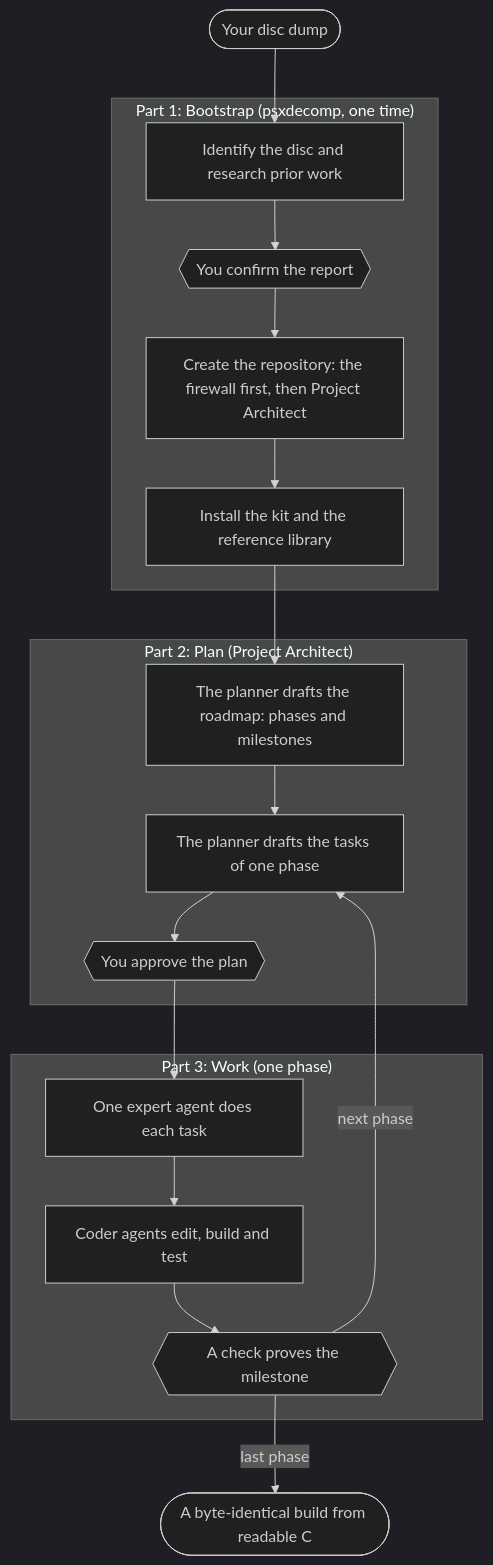
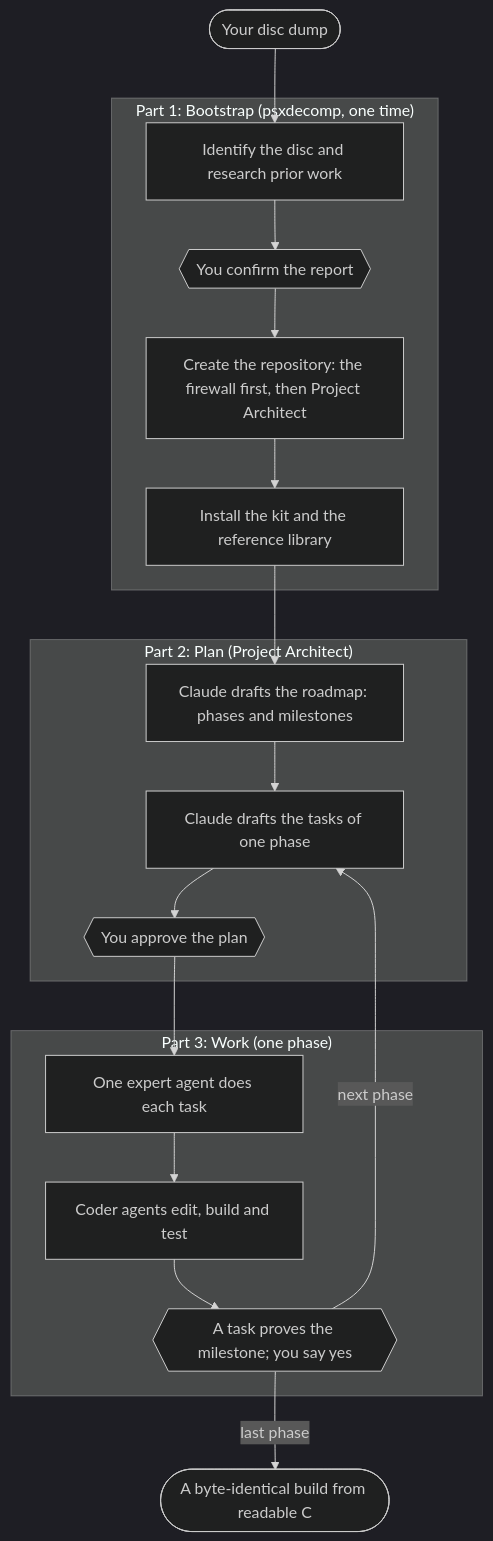
One commit to anzaldoivan/psxdecomp changed the diagram in README.md. Above: the diagram before and after it, drawn with Mermaid (dark theme). The commit also changed other lines of this file and 63 other files, not shown here.

````diff
--- a/README.md
+++ b/README.md
@@ -52,31 +52,31 @@
 ```mermaid
 flowchart TD
     dump(["Your disc dump"]) --> b1
 
     subgraph boot["Part 1: Bootstrap (psxdecomp, one time)"]
         b1["Identify the disc and research prior work"]
         b2{{"You confirm the report"}}
         b3["Create the repository: the firewall first, then Project Architect"]
         b4["Install the kit and the reference library"]
         b1 --> b2 --> b3 --> b4
     end
 
     subgraph plan["Part 2: Plan (Project Architect)"]
-        p1["The planner drafts the roadmap: phases and milestones"]
-        p2["The planner drafts the tasks of one phase"]
+        p1["Claude drafts the roadmap: phases and milestones"]
+        p2["Claude drafts the tasks of one phase"]
         p3{{"You approve the plan"}}
         p1 --> p2 --> p3
     end
 
     subgraph work["Part 3: Work (one phase)"]
         w1["One expert agent does each task"]
         w2["Coder agents edit, build and test"]
-        w3{{"A check proves the milestone"}}
+        w3{{"A task proves the milestone; you say yes"}}
         w1 --> w2 --> w3
     end
 
     b4 --> p1
     p3 --> w1
     w3 -- "next phase" --> p2
     w3 -- "last phase" --> done(["A byte-identical build from readable C"])
 ```
````
